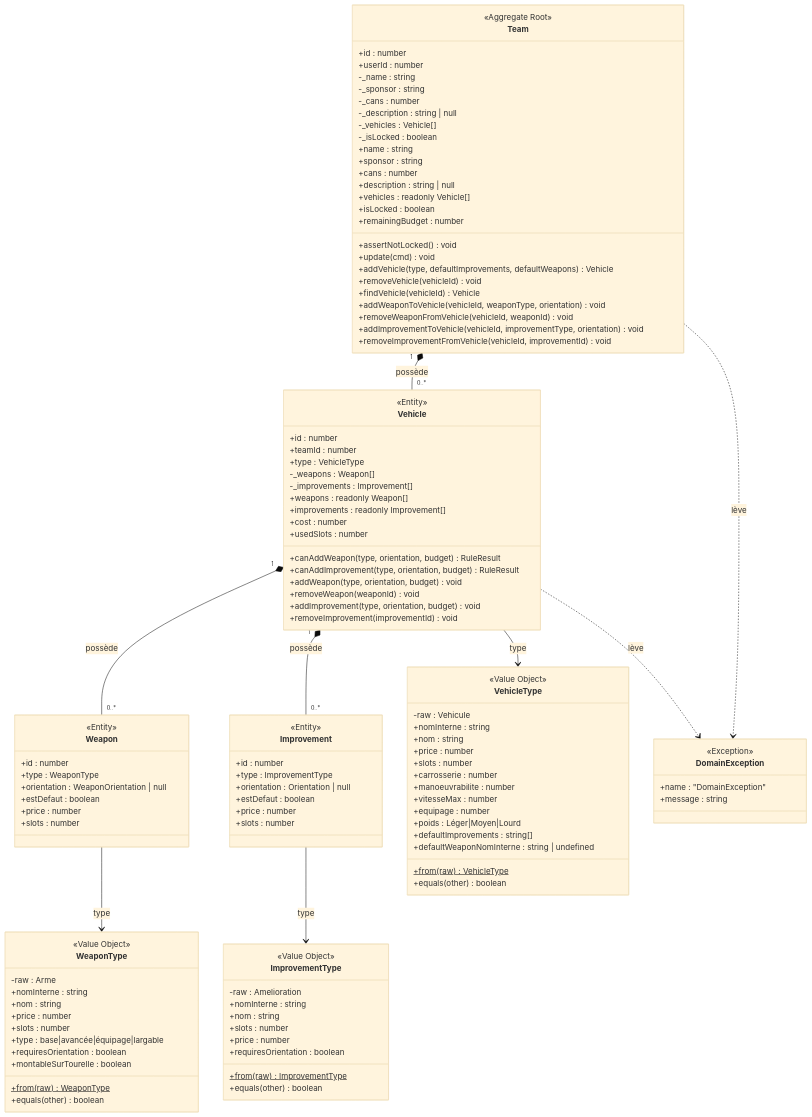
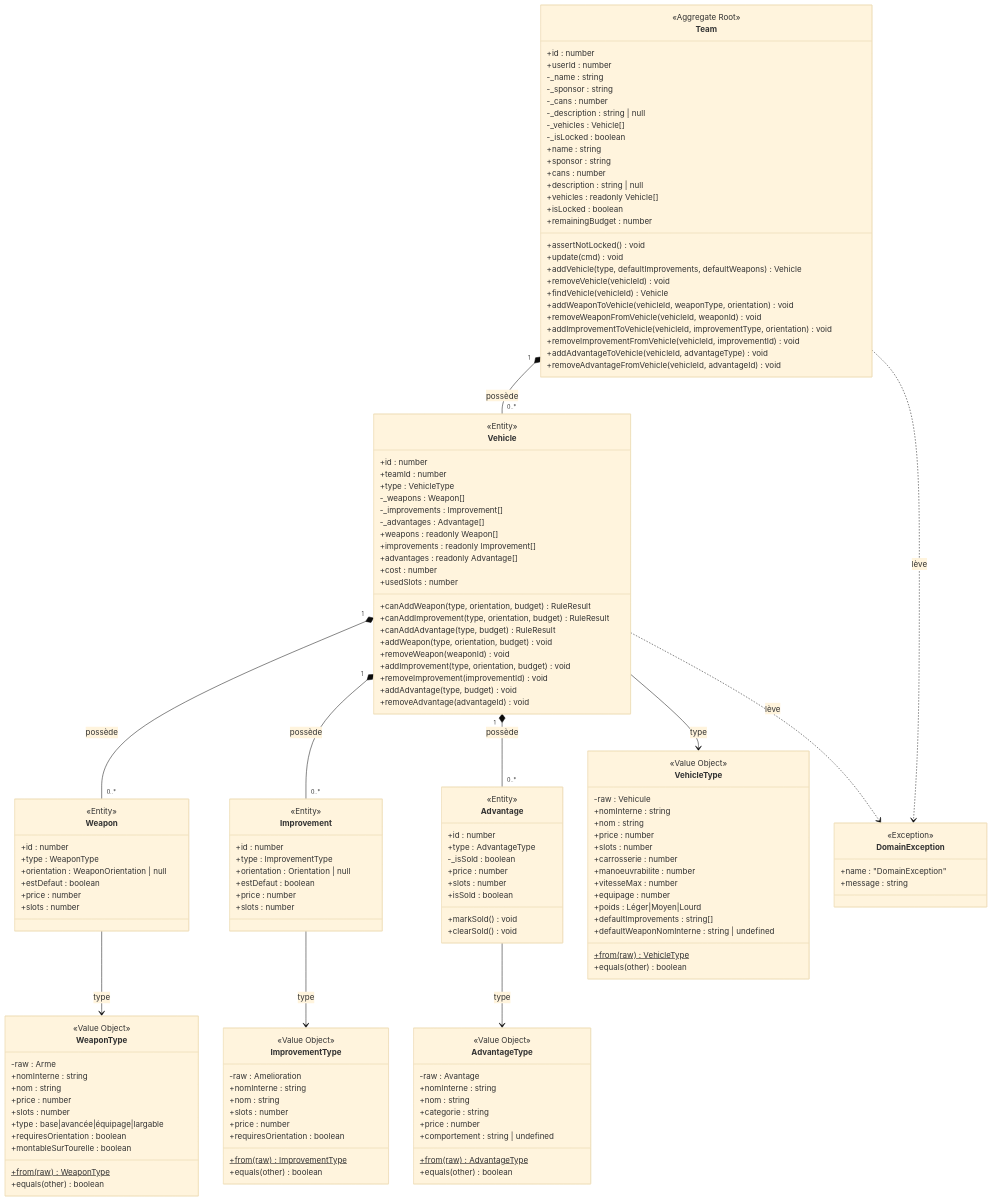
Before and after one commit to arnaudbracchetti/gaslands-manager: the first of 4 diagrams in docs/DOMAIN_MODEL.md, drawn with Mermaid (base theme). The commit also changed other lines of this file and 89 other files, not shown here.

````diff
--- a/docs/DOMAIN_MODEL.md
+++ b/docs/DOMAIN_MODEL.md
@@ -44,6 +44,8 @@
         +removeWeaponFromVehicle(vehicleId, weaponId) void
         +addImprovementToVehicle(vehicleId, improvementType, orientation) void
         +removeImprovementFromVehicle(vehicleId, improvementId) void
+        +addAdvantageToVehicle(vehicleId, advantageType) void
+        +removeAdvantageFromVehicle(vehicleId, advantageId) void
     }
 
     class Vehicle {
@@ -53,16 +55,21 @@
         +type : VehicleType
         -_weapons : Weapon[]
         -_improvements : Improvement[]
+        -_advantages : Advantage[]
         +weapons : readonly Weapon[]
         +improvements : readonly Improvement[]
+        +advantages : readonly Advantage[]
         +cost : number
         +usedSlots : number
         +canAddWeapon(type, orientation, budget) RuleResult
         +canAddImprovement(type, orientation, budget) RuleResult
+        +canAddAdvantage(type, budget) RuleResult
         +addWeapon(type, orientation, budget) void
         +removeWeapon(weaponId) void
         +addImprovement(type, orientation, budget) void
         +removeImprovement(improvementId) void
+        +addAdvantage(type, budget) void
+        +removeAdvantage(advantageId) void
     }
 
     class Weapon {
@@ -83,6 +90,18 @@
         +estDefaut : boolean
         +price : number
         +slots : number
+    }
+
+    class Advantage {
+        <<Entity>>
+        +id : number
+        +type : AdvantageType
+        -_isSold : boolean
+        +price : number
+        +slots : number
+        +isSold : boolean
+        +markSold() void
+        +clearSold() void
     }
 
     class VehicleType {
@@ -129,6 +148,18 @@
         +equals(other) boolean
     }
 
+    class AdvantageType {
+        <<Value Object>>
+        -raw : Avantage
+        +nomInterne : string
+        +nom : string
+        +categorie : string
+        +price : number
+        +comportement : string | undefined
+        +from(raw)$ AdvantageType
+        +equals(other) boolean
+    }
+
     class DomainException {
         <<Exception>>
         +name : "DomainException"
@@ -138,9 +169,11 @@
     Team "1" *-- "0..*" Vehicle : possède
     Vehicle "1" *-- "0..*" Weapon : possède
     Vehicle "1" *-- "0..*" Improvement : possède
+    Vehicle "1" *-- "0..*" Advantage : possède
     Vehicle --> VehicleType : type
     Weapon --> WeaponType : type
     Improvement --> ImprovementType : type
+    Advantage --> AdvantageType : type
     Team ..> DomainException : lève
     Vehicle ..> DomainException : lève
 ```
````
